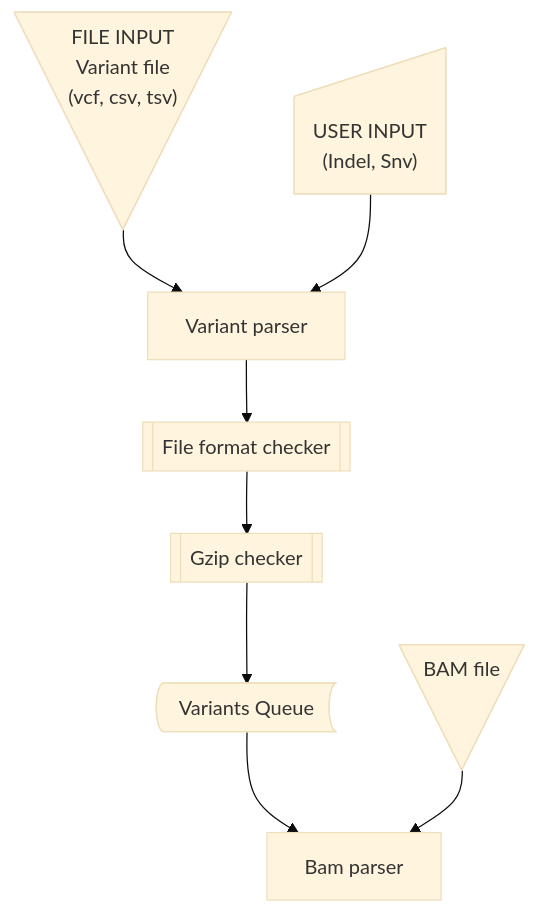
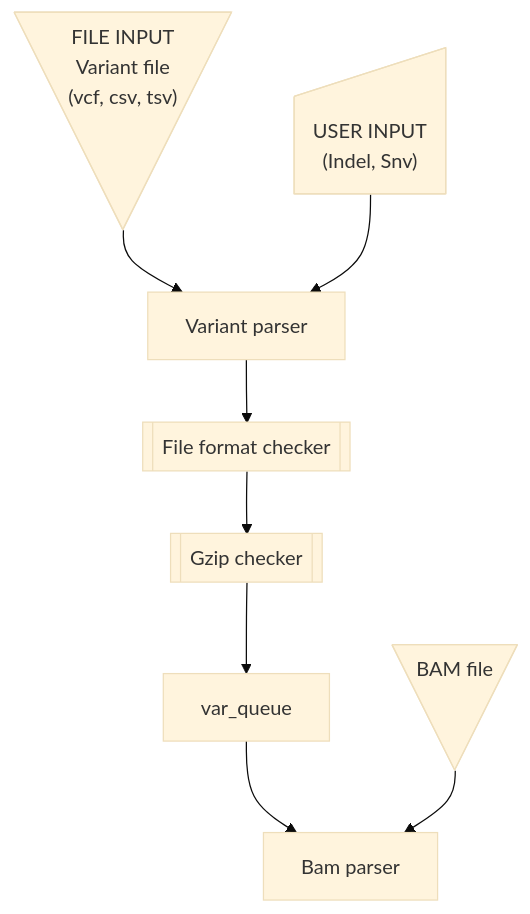
The second of 2 diagrams in docs/flowchart.md (jchchiu/rust-varlap), drawn with Mermaid (base theme) before and after one commit. The commit also changed other lines of this file and 1 other file, not shown here.

````diff
--- a/docs/flowchart.md
+++ b/docs/flowchart.md
@@ -43,13 +63,13 @@
 ```mermaid
 flowchart TD
 
     bam_file@{ shape: manual-file, label: "BAM file"}
     var_file@{ shape: manual-file, label: "FILE INPUT \n Variant file \n (vcf, csv, tsv)"}
     var_file --> var_parse@{ shape: rect, label: "Variant parser" }
     var_parse --> file_checker@{ shape: subproc, label: "File format checker" }
     file_checker --> gzip_checker@{ shape: subproc, label: "Gzip checker" }
-    gzip_checker --> var_queue@{ shape: bow-rect, label: "Variants Queue" }
+    gzip_checker --> var_queue@{  }
     var_queue --> bam_parse@{ shape: rect, label: "Bam parser"}
     bam_file --> bam_parse
     mode@{ shape: manual-input, label: "USER INPUT \n (Indel, Snv)"} --> var_parse
 ```
````
